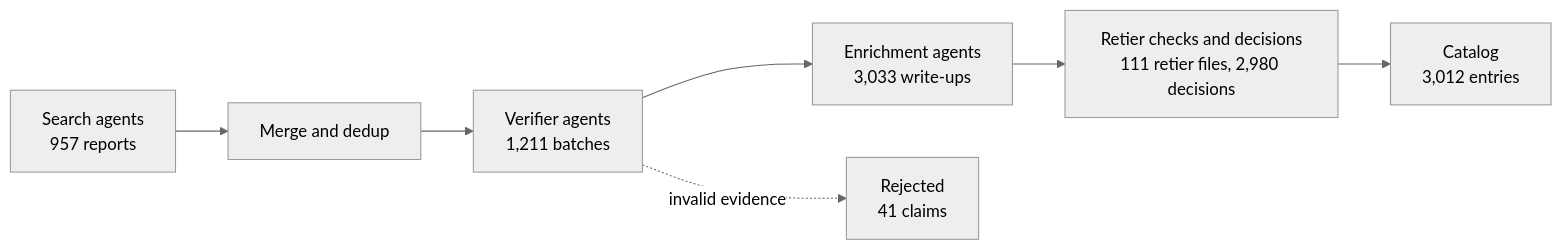
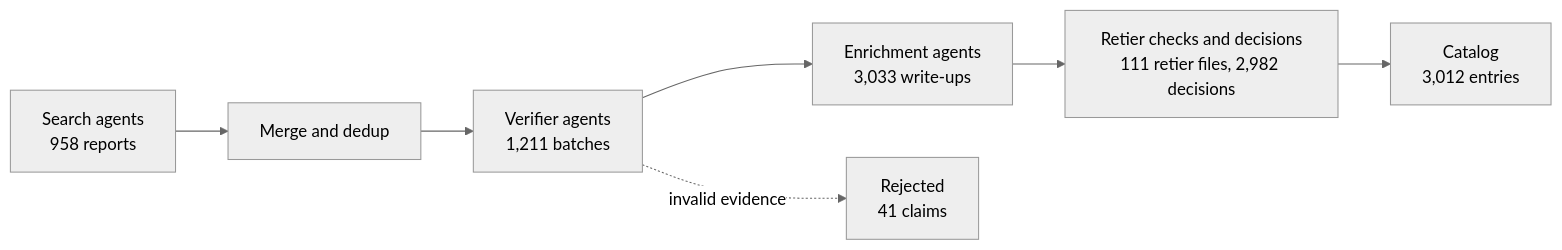
The diagram in README.md (harrisjib216/fastplusplus), drawn with Mermaid (neutral theme) before and after one commit. The commit also changed 3 other files, not shown here.

````diff
--- a/README.md
+++ b/README.md
@@ -116,9 +116,9 @@
 ```mermaid
 flowchart LR
-  S["Search agents<br/>957 reports"] --> M["Merge and dedup"]
+  S["Search agents<br/>958 reports"] --> M["Merge and dedup"]
   M --> V["Verifier agents<br/>1,211 batches"]
   V --> E["Enrichment agents<br/>3,033 write-ups"]
-  E --> R["Retier checks and decisions<br/>111 retier files, 2,980 decisions"]
+  E --> R["Retier checks and decisions<br/>111 retier files, 2,982 decisions"]
   R --> C["Catalog<br/>3,012 entries"]
   V -. invalid evidence .-> X["Rejected<br/>41 claims"]
 ```
````
